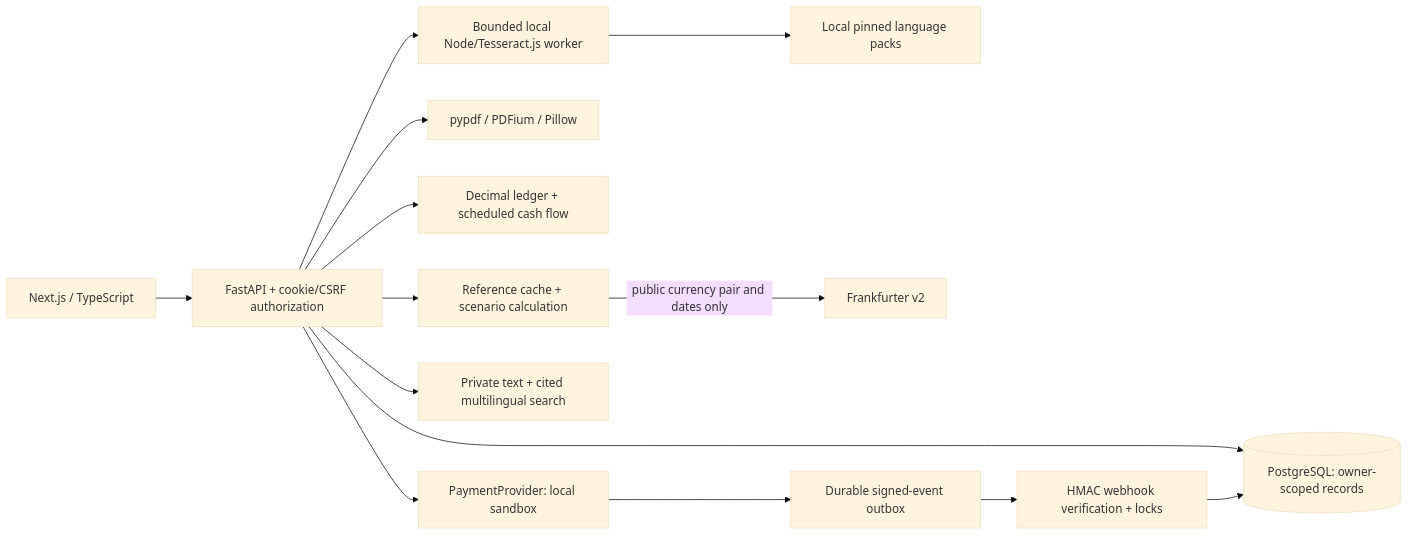
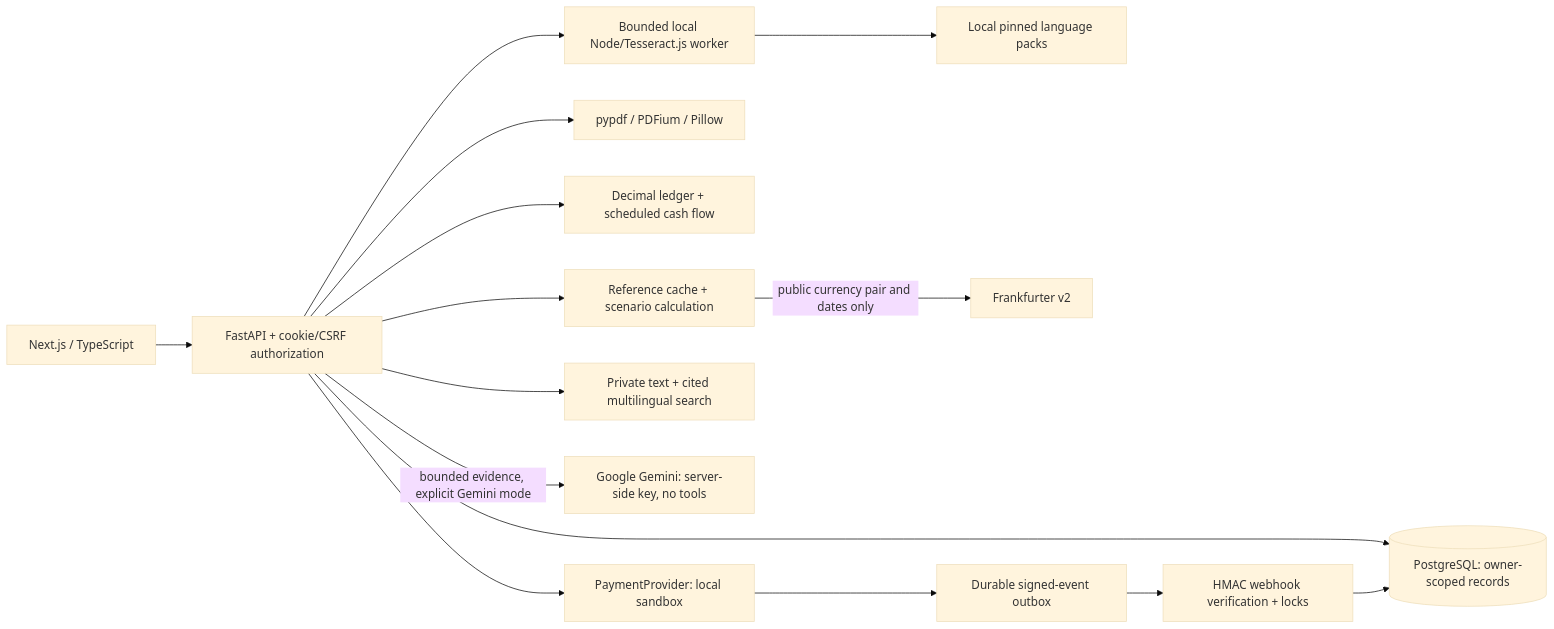
One commit to hung230206/AI4S changed the diagram in submission/TECHNICAL_DOCUMENT.md. Above: the diagram before and after it, drawn with Mermaid (base theme). The commit also changed other lines of this file and 72 other files, not shown here.

````diff
--- a/submission/TECHNICAL_DOCUMENT.md
+++ b/submission/TECHNICAL_DOCUMENT.md
@@ -23,16 +23,17 @@
 ```mermaid
 flowchart LR
   UI[Next.js / TypeScript] --> API[FastAPI + cookie/CSRF authorization]
   API --> DB[(PostgreSQL: owner-scoped records)]
   API --> OCR[Bounded local Node/Tesseract.js worker]
   OCR --> MODELS[Local pinned language packs]
   API --> PDF[pypdf / PDFium / Pillow]
   API --> LEDGER[Decimal ledger + scheduled cash flow]
   API --> FX[Reference cache + scenario calculation]
   FX -->|public currency pair and dates only| FF[Frankfurter v2]
   API --> DOC[Private text + cited multilingual search]
+  API -->|bounded evidence, explicit Gemini mode| AI[Google Gemini: server-side key, no tools]
   API --> PAY[PaymentProvider: local sandbox]
   PAY --> OUT[Durable signed-event outbox]
   OUT --> WH[HMAC webhook verification + locks]
   WH --> DB
 ```
````
